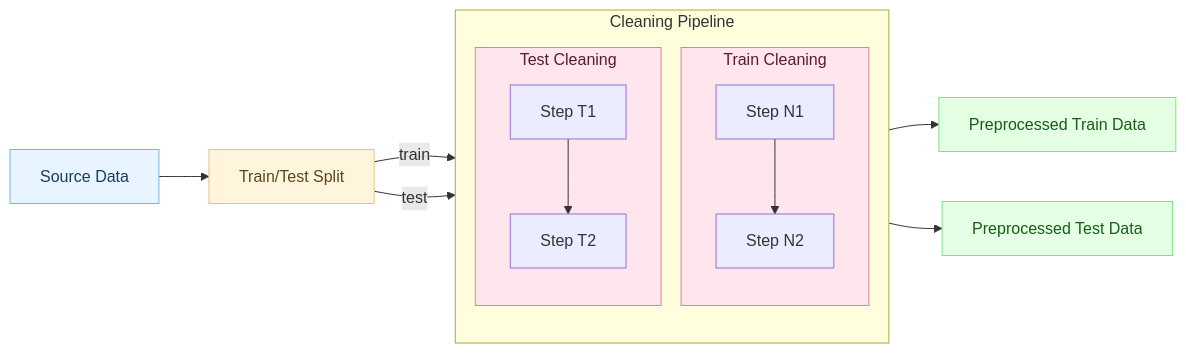
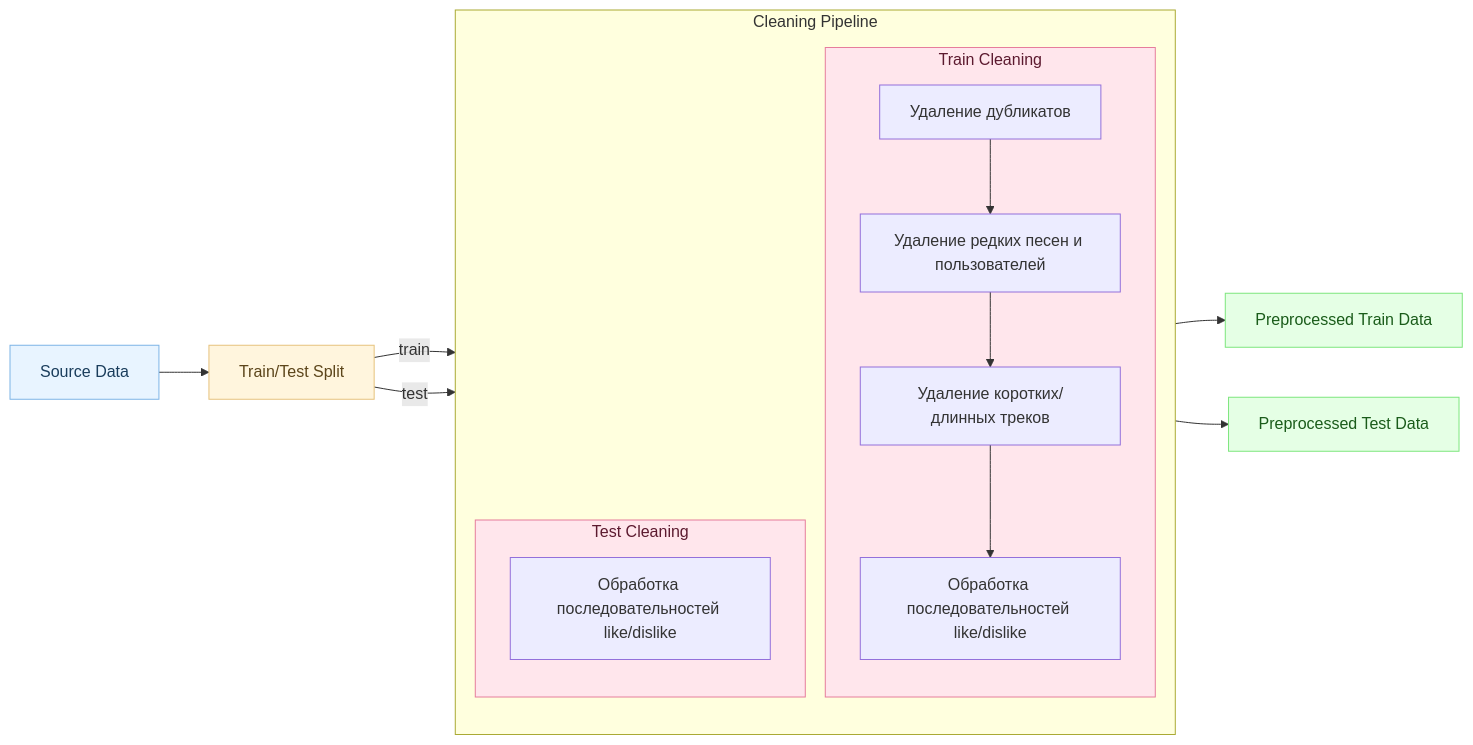
One commit to Nastasy822/music-recommendation-experiments changed the first of 2 diagrams in README.md. Above: the diagram before and after it, drawn with Mermaid. The commit also changed other lines of this file, not shown here.

Commit message:
docs: add diagram of preprocessing

````diff
--- a/README.md
+++ b/README.md
@@ -135,48 +138,50 @@
 ```mermaid
 flowchart LR
 
     %% === Исходные данные ===
     SRC["Source Data"]
 
     %% === Train/Test Split ===
     SPLIT["Train/Test Split"]
 
     %% === Cleaning блок ===
     subgraph CLEANING["Cleaning Pipeline"]
         direction TB
 
         subgraph TRAIN_CLN["Train Cleaning"]
-            N1["Step N1"]
-            N2["Step N2"]
+            N1["Удаление дубликатов"]
+            N2["Удаление редких песен и пользователей"]
+            N3["Удаление коротких/длинных треков"]
+            N4["Обработка последовательностей like/dislike"]
             N1 --> N2
+            N2 --> N3
+            N3 --> N4
         end
 
         subgraph TEST_CLN["Test Cleaning"]
-            T1["Step T1"]
-            T2["Step T2"]
-            T1 --> T2
+            T1["Обработка последовательностей like/dislike"]
         end
     end
 
     PRE_TRAIN["Preprocessed Train Data"]
     PRE_TEST["Preprocessed Test Data"]
 
     %% === Потоки ===
     SRC --> SPLIT
     SPLIT -->|train| N1
     SPLIT -->|test| T1
 
-    N2 --> PRE_TRAIN
-    T2 --> PRE_TEST
+    N4 --> PRE_TRAIN
+    T1 --> PRE_TEST
 
     %% === Стили ===
     classDef source fill:#e8f4ff,stroke:#7db4e6,color:#1a3d5c;
     classDef split fill:#fff5dd,stroke:#e6c27d,color:#5c451a;
     classDef clean fill:#ffe6ec,stroke:#e67d9c,color:#5c1a2f;
     classDef result fill:#e5ffe5,stroke:#7de67d,color:#1a5c1a;
 
     class SRC source;
     class SPLIT split;
     class TRAIN_CLN,TEST_CLN clean;
     class PRE_TRAIN,PRE_TEST result;
 ```
````
